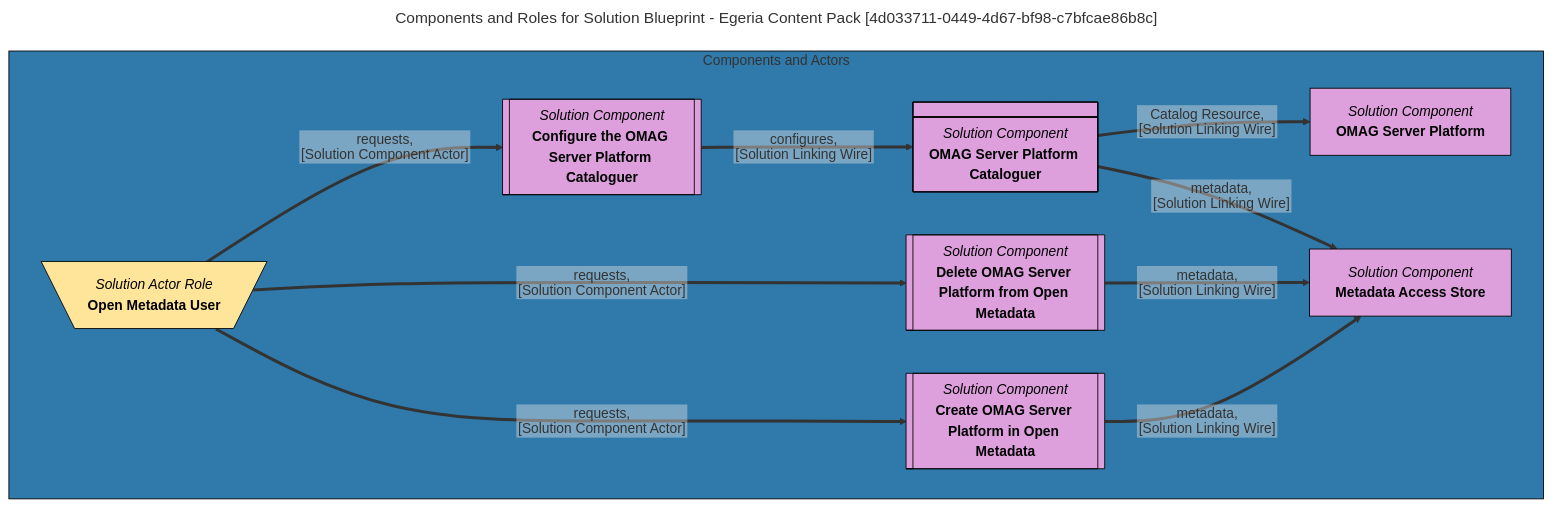
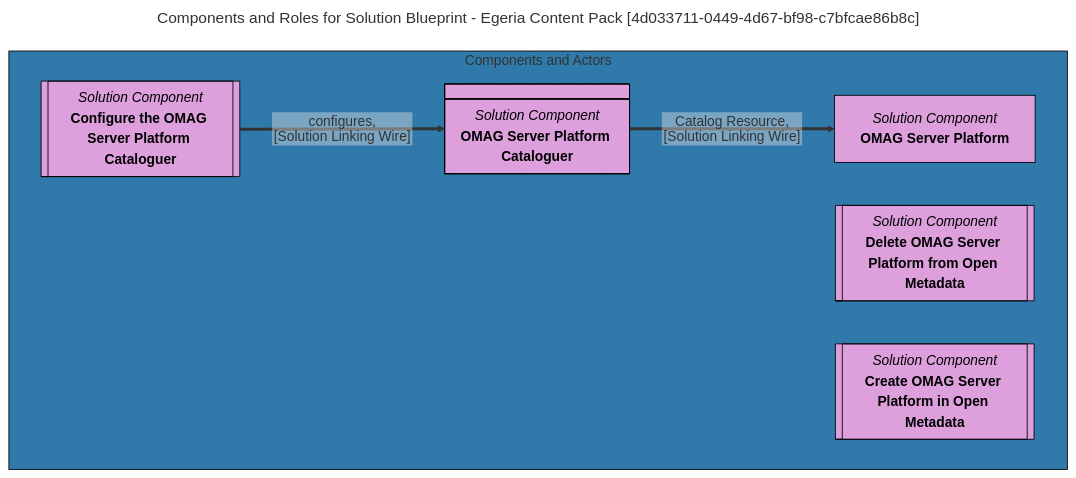
One commit to odpi/egeria-docs changed the diagram in site/snippets/blueprints/content-packs/egeria-content-pack-solution-blueprint-mermaid-graph.md. Above: the diagram before and after it, drawn with Mermaid. The commit also changed other lines of this file and 62 other files, not shown here.

````diff
--- a/site/snippets/blueprints/content-packs/egeria-content-pack-solution-blueprint-mermaid-graph.md
+++ b/site/snippets/blueprints/content-packs/egeria-content-pack-solution-blueprint-mermaid-graph.md
@@ -1,54 +1,35 @@
 ```mermaid
 ---
 title: Components and Roles for Solution Blueprint - Egeria Content Pack [4d033711-0449-4d67-bf98-c7bfcae86b8c]
 ---
 flowchart TD
 %%{init: {"flowchart": {"htmlLabels": false}} }%%
 
 subgraph 1 [Components and Actors]
 2@{ shape: subproc, label: "*Solution Component*
 **Configure the OMAG Server Platform Cataloguer**"}
 3@{ shape: rect, label: "*Solution Component*
 **OMAG Server Platform**"}
 4@{ shape: subproc, label: "*Solution Component*
 **Delete OMAG Server Platform from Open Metadata**"}
 5@{ shape: div-rect, label: "*Solution Component*
 **OMAG Server Platform Cataloguer**"}
 6@{ shape: subproc, label: "*Solution Component*
 **Create OMAG Server Platform in Open Metadata**"}
-7@{ shape: rect, label: "*Solution Component*
-**Metadata Access Store**"}
-8@{ shape: trap-t, label: "*Solution Actor Role*
-**Open Metadata User**"}
-8==>|"requests,
-[Solution Component Actor]"|2
 2==>|"configures,
 [Solution Linking Wire]"|5
 5==>|"Catalog Resource,
 [Solution Linking Wire]"|3
-8==>|"requests,
-[Solution Component Actor]"|4
-4==>|"metadata,
-[Solution Linking Wire]"|7
-5==>|"metadata,
-[Solution Linking Wire]"|7
-8==>|"requests,
-[Solution Component Actor]"|6
-6==>|"metadata,
-[Solution Linking Wire]"|7
 end
 style 1 color:#FFFFFF, fill:#3079ab, stroke:#000000
 style 2 color:#000000, fill:#DDA0DD, stroke:#000000
 style 3 color:#000000, fill:#DDA0DD, stroke:#000000
 style 4 color:#000000, fill:#DDA0DD, stroke:#000000
 style 5 color:#000000, fill:#DDA0DD, stroke:#000000
 style 6 color:#000000, fill:#DDA0DD, stroke:#000000
-style 7 color:#000000, fill:#DDA0DD, stroke:#000000
-style 8 color:#000000, fill:#FFE599, stroke:#000000
 click 2 "https://egeria-project.org/concepts/governance-action-type/" "Click for more documentation" _blank
 click 3 "https://egeria-project.org/concepts/omag-server-platform/" "Click for more documentation" _blank
 click 4 "https://egeria-project.org/concepts/governance-action-type/" "Click for more documentation" _blank
 click 5 "https://egeria-project.org/concepts/integration-connector/" "Click for more documentation" _blank
 click 6 "https://egeria-project.org/concepts/governance-action-type/" "Click for more documentation" _blank
-click 7 "https://egeria-project.org/concepts/metadata-access-store/" "Click for more documentation" _blank
 ```
````
